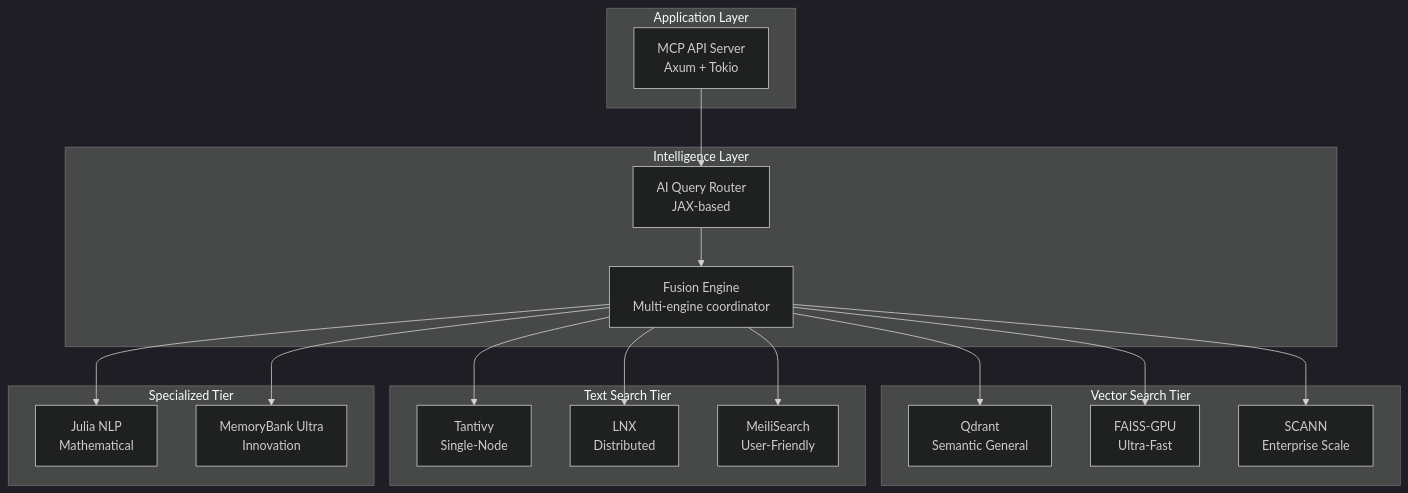
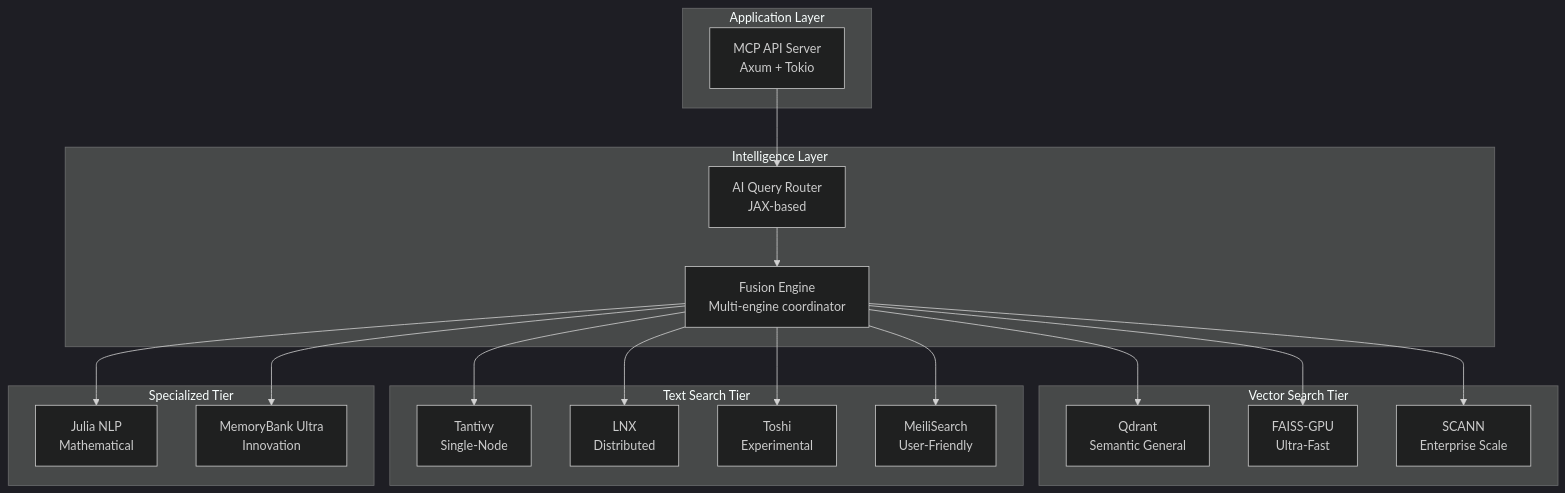
The first of 2 diagrams in docs/MOTOR_ARCHITECTURE.md (Rigohl/MEMORY_P), drawn with Mermaid (dark theme) before and after one commit. The commit also changed other lines of this file and 131 other files, not shown here.

````diff
--- a/docs/MOTOR_ARCHITECTURE.md
+++ b/docs/MOTOR_ARCHITECTURE.md
@@ -23,39 +23,41 @@
 ```mermaid
 graph TB
     subgraph "Application Layer"
         MCP[MCP API Server<br/>Axum + Tokio]
     end
 
     subgraph "Intelligence Layer"
         Router[AI Query Router<br/>JAX-based]
         Fusion[Fusion Engine<br/>Multi-engine coordinator]
     end
 
     subgraph "Vector Search Tier"
         Qdrant[Qdrant<br/>Semantic General]
         FAISS[FAISS-GPU<br/>Ultra-Fast]
         SCANN[SCANN<br/>Enterprise Scale]
     end
 
     subgraph "Text Search Tier"
         Tantivy[Tantivy<br/>Single-Node]
         LNX[LNX<br/>Distributed]
+        Toshi[Toshi<br/>Experimental]
         Meili[MeiliSearch<br/>User-Friendly]
     end
 
     subgraph "Specialized Tier"
         Julia[Julia NLP<br/>Mathematical]
         MemBank[MemoryBank Ultra<br/>Innovation]
     end
 
     MCP --> Router
     Router --> Fusion
     Fusion --> Qdrant
     Fusion --> FAISS
     Fusion --> SCANN
     Fusion --> Tantivy
     Fusion --> LNX
     Fusion --> Meili
+    Fusion --> Toshi
     Fusion --> Julia
     Fusion --> MemBank
 ```
````
